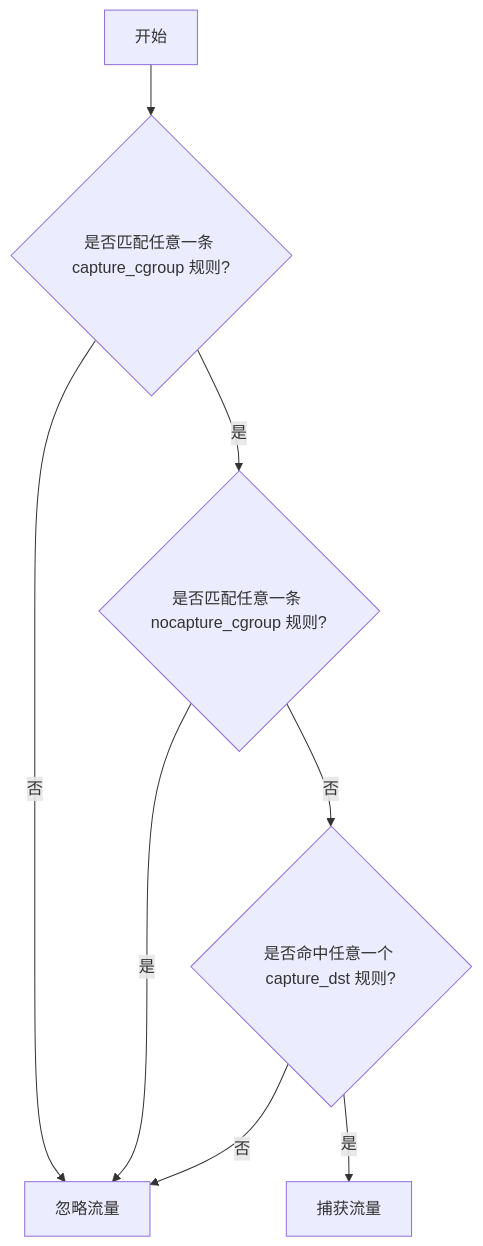
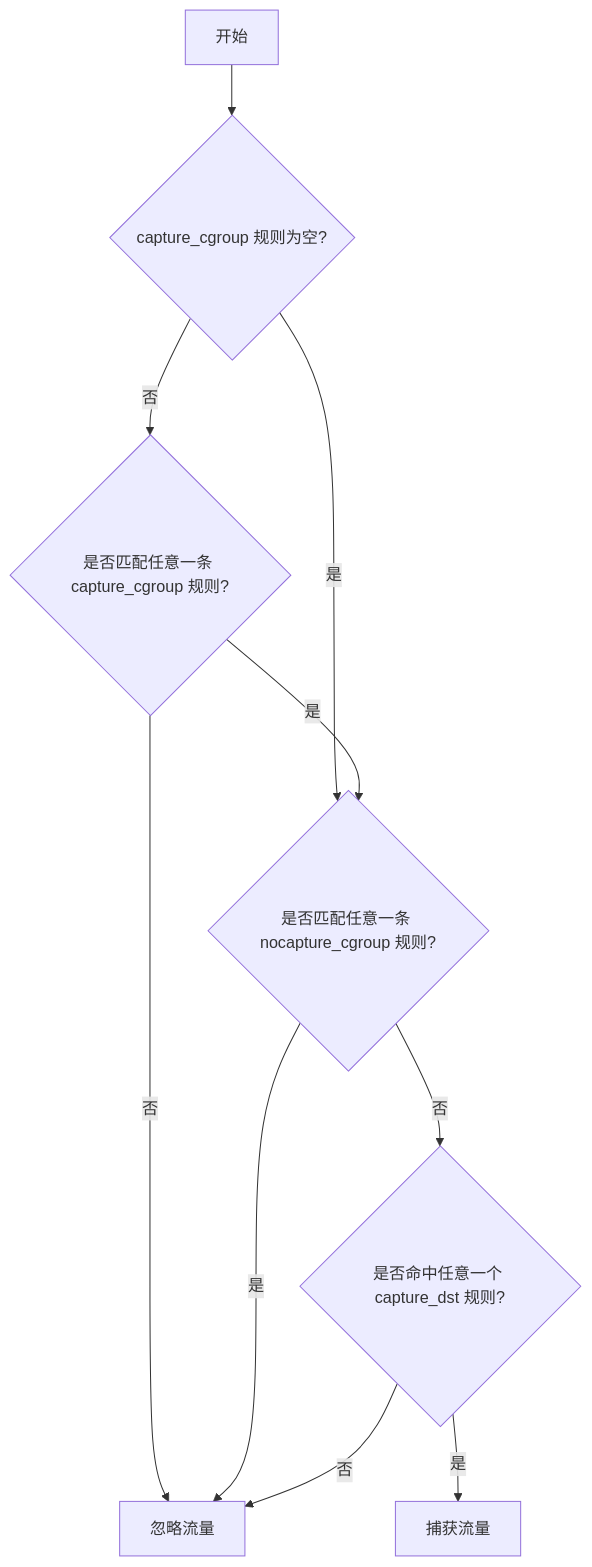
One commit to inclavare-containers/TNG changed the diagram in docs/configuration_zh.md. Above: the diagram before and after it, drawn with Mermaid. The commit also changed other lines of this file and 6 other files, not shown here.

Commit message:
ingress/netfilter: fix behavior when capture_cgroup is empty and add check for cgroup v2

````diff
--- a/docs/configuration_zh.md
+++ b/docs/configuration_zh.md
@@ -129,10 +132,12 @@
 ```mermaid
 flowchart TD
-    A[开始] --> B{是否匹配任意一条 capture_cgroup 规则?}
+    A[开始] --> G{capture_cgroup 规则为空?}
+    G --是--> D
+    G --否--> B{是否匹配任意一条 capture_cgroup 规则?}
     B --否--> C[忽略流量]
     B --是--> D{是否匹配任意一条 nocapture_cgroup 规则?}
     D --是--> C
     D --否--> E{是否命中任意一个 capture_dst 规则?}
     E --是--> F[捕获流量]
     E --否--> C
 ```
````
